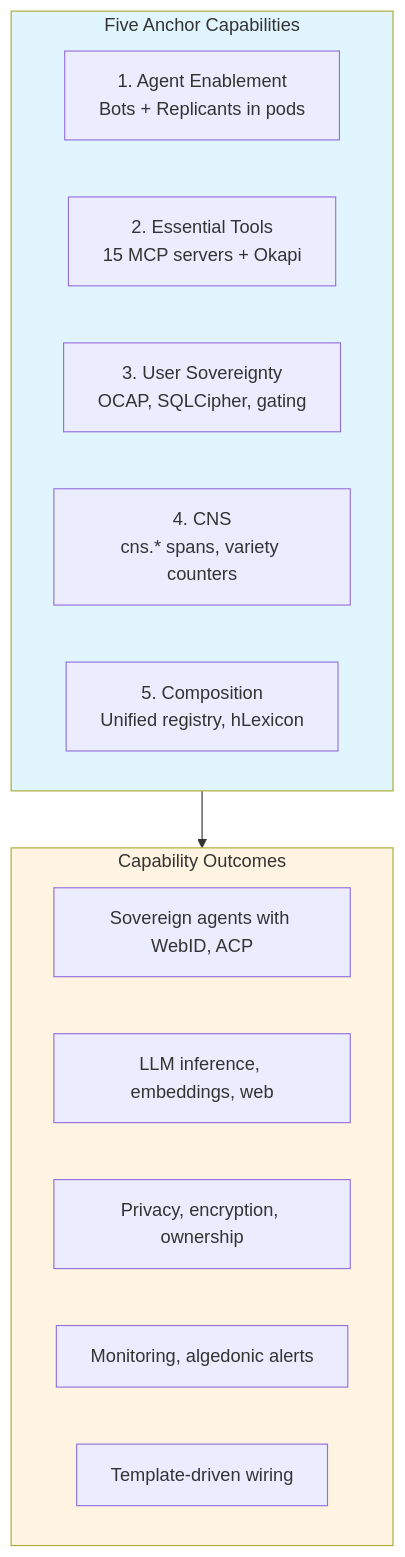
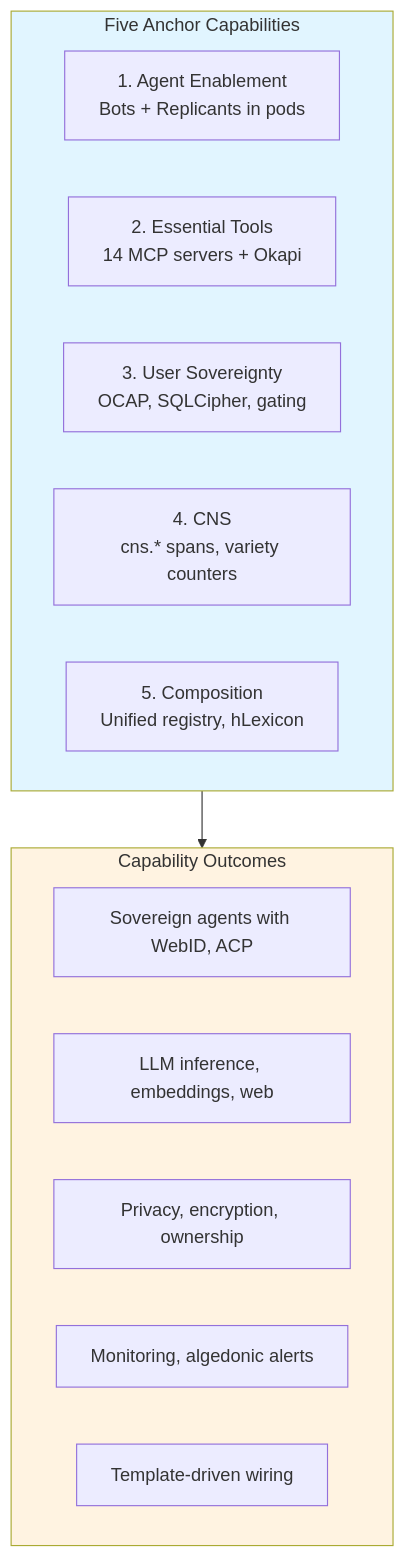
One commit to mdz-axo/hKask changed the first of 2 diagrams in docs/architecture/PRINCIPLES.md. Above: the diagram before and after it, drawn with Mermaid. The commit also changed other lines of this file and 32 other files, not shown here.

````diff
--- a/docs/architecture/PRINCIPLES.md
+++ b/docs/architecture/PRINCIPLES.md
@@ -25,23 +25,23 @@
 ```mermaid
 graph TD
     subgraph Anchors[Five Anchor Capabilities]
         A1[1. Agent Enablement<br/>Bots + Replicants in pods]
-        A2[2. Essential Tools<br/>15 MCP servers + Okapi]
+        A2[2. Essential Tools<br/>14 MCP servers + Okapi]
         A3[3. User Sovereignty<br/>OCAP, SQLCipher, gating]
         A4[4. CNS<br/>cns.* spans, variety counters]
         A5[5. Composition<br/>Unified registry, hLexicon]
     end
     
     subgraph Outcomes[Capability Outcomes]
         O1[Sovereign agents with WebID, ACP]
         O2[LLM inference, embeddings, web]
         O3[Privacy, encryption, ownership]
         O4[Monitoring, algedonic alerts]
         O5[Template-driven wiring]
     end
     
     Anchors --> Outcomes
     
     style Anchors fill:#e1f5ff
     style Outcomes fill:#fff3e1
 ```
````
